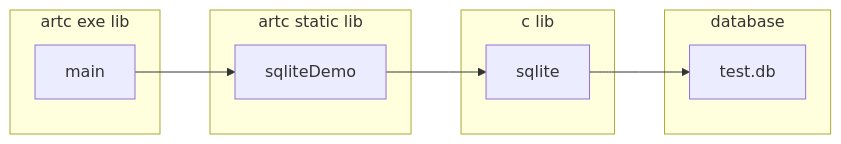
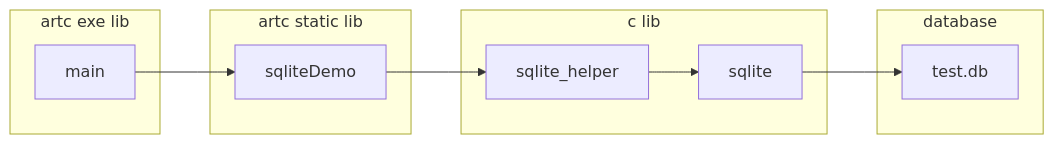
The diagram in SID_0002/README.md (artclang/samples), drawn with Mermaid before and after one commit. The commit also changed other lines of this file and 5 other files, not shown here.

````diff
--- a/SID_0002/README.md
+++ b/SID_0002/README.md
@@ -75,20 +67,22 @@
 ```mermaid
 
 graph LR
 	subgraph "artc exe lib"
   	 	A[main]
 	end
 	subgraph "artc static lib"
   		B[sqliteDemo]
   	end
 	subgraph "c lib"
-		C[sqlite]
+		C1[sqlite_helper]
+		C2[sqlite]
 	end
 	subgraph "database"
 		D[test.db]
 	end
 
   	A-->B
-  	B-->C
-  	C-->D
+  	B-->C1
+  	C1-->C2
+  	C2-->D
 ```
````
